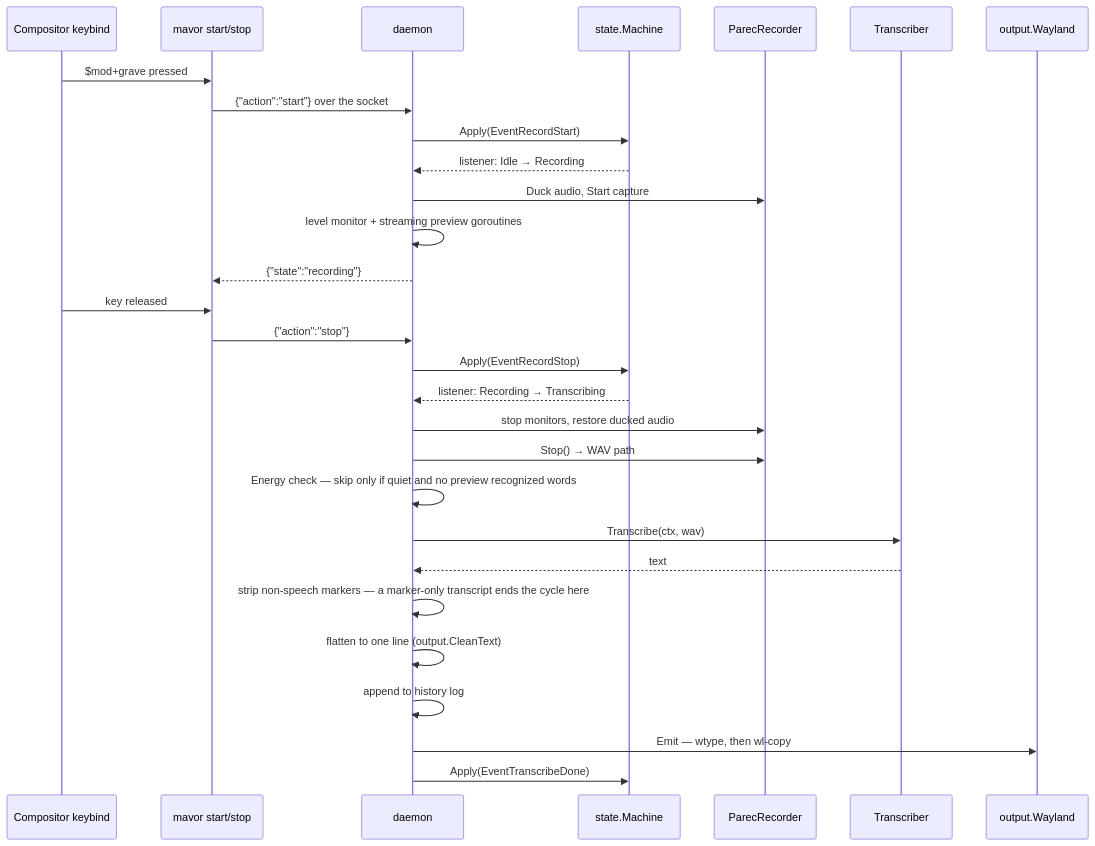
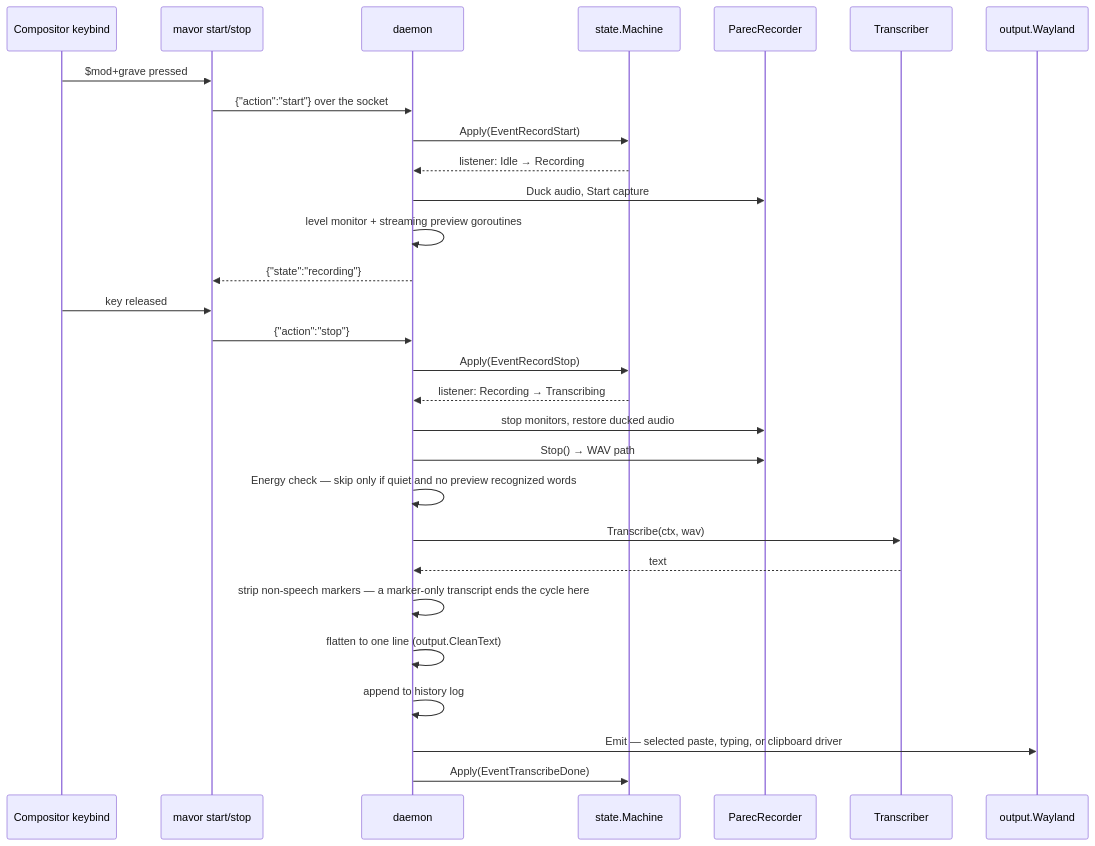
One commit to mschulkind-oss/mavor changed the second of 2 diagrams in docs/reference/how-mavor-works.md. Above: the diagram before and after it, drawn with Mermaid. The commit also changed other lines of this file and 20 other files, not shown here.

First line of the commit message:
feat(output): add explicit clipboard mode for manual paste

````diff
--- a/docs/reference/how-mavor-works.md
+++ b/docs/reference/how-mavor-works.md
@@ -177,32 +178,32 @@
 ```mermaid
 sequenceDiagram
     participant K as Compositor keybind
     participant C as mavor start/stop
     participant D as daemon
     participant M as state.Machine
     participant A as ParecRecorder
     participant S as Transcriber
     participant O as output.Wayland
 
     K->>C: $mod+grave pressed
     C->>D: {"action":"start"} over the socket
     D->>M: Apply(EventRecordStart)
     M-->>D: listener: Idle → Recording
     D->>A: Duck audio, Start capture
     D->>D: level monitor + streaming preview goroutines
     D-->>C: {"state":"recording"}
     K->>C: key released
     C->>D: {"action":"stop"}
     D->>M: Apply(EventRecordStop)
     M-->>D: listener: Recording → Transcribing
     D->>A: stop monitors, restore ducked audio
     D->>A: Stop() → WAV path
     D->>D: Energy check — skip only if quiet and no preview recognized words
     D->>S: Transcribe(ctx, wav)
     S-->>D: text
     D->>D: strip non-speech markers — a marker-only transcript ends the cycle here
     D->>D: flatten to one line (output.CleanText)
     D->>D: append to history log
-    D->>O: Emit — wtype, then wl-copy
+    D->>O: Emit — selected paste, typing, or clipboard driver
     D->>M: Apply(EventTranscribeDone)
 ```
````
